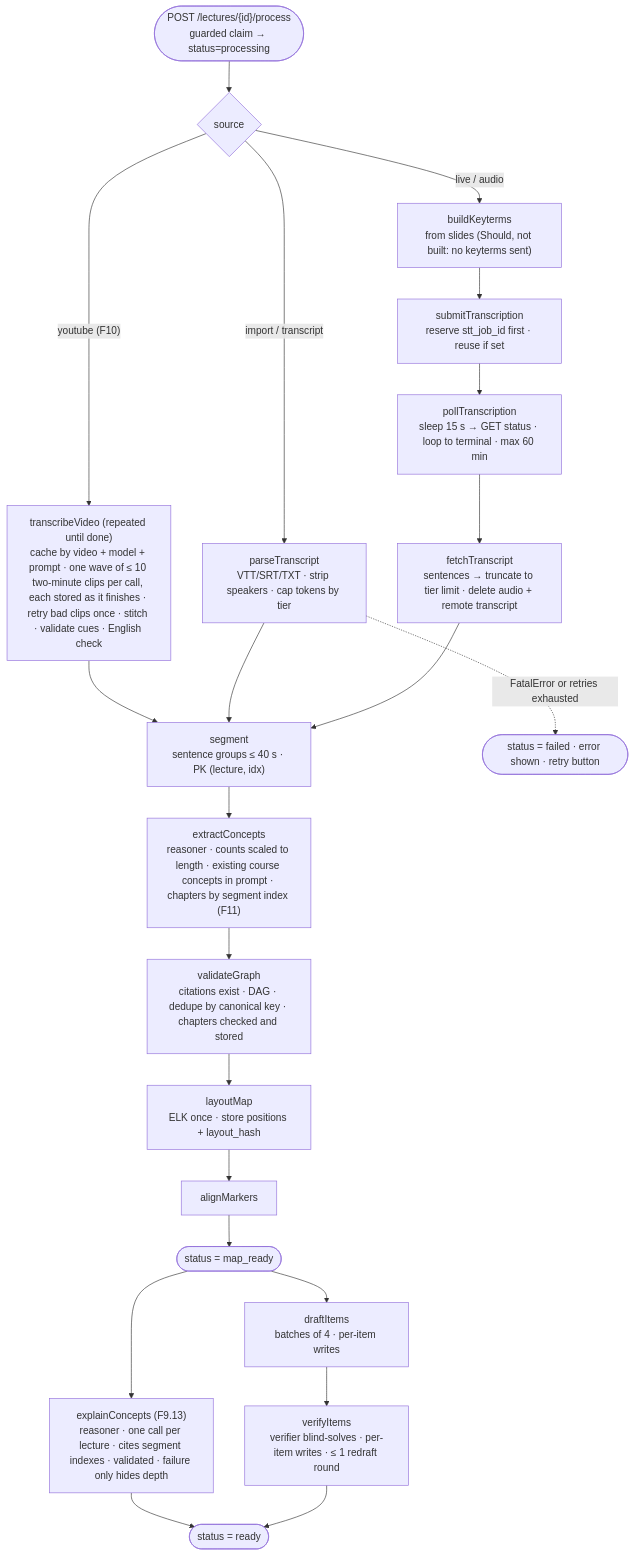
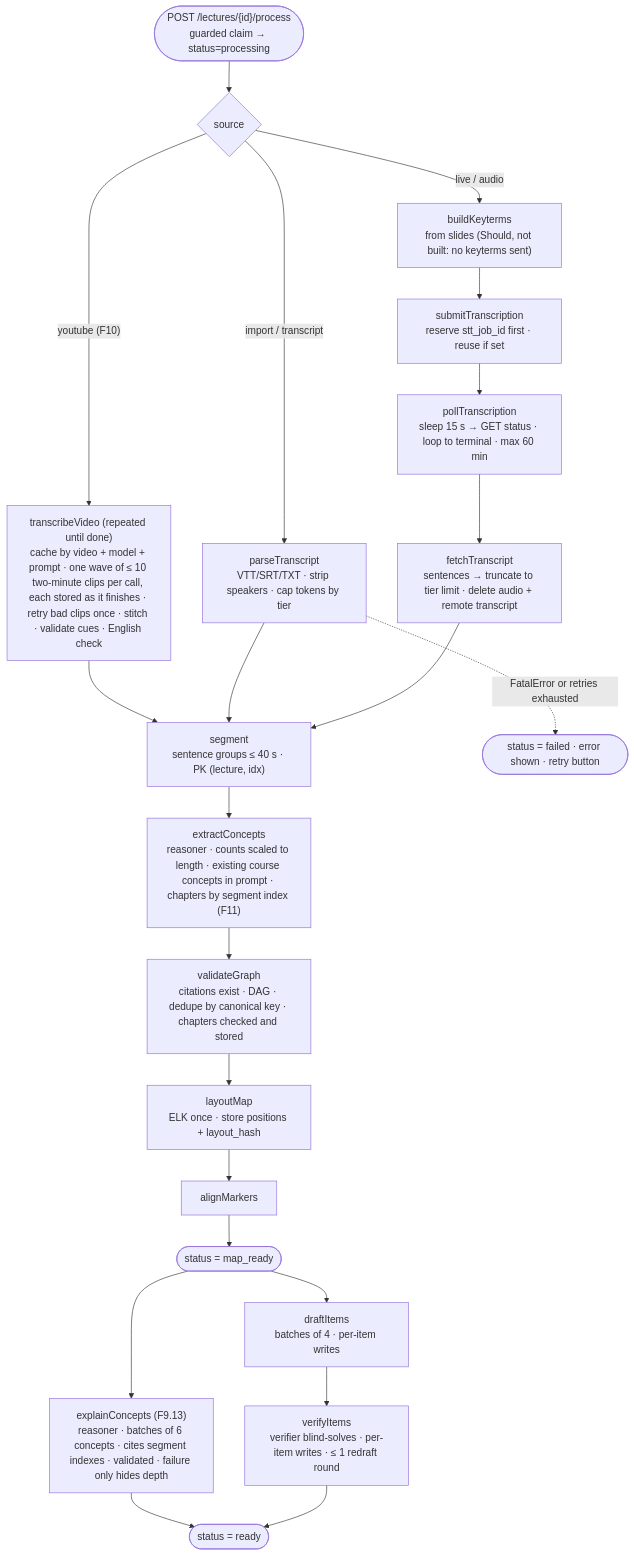
Before and after one commit to adamchok/Lectheo: the fourth of 6 diagrams in docs/Lectheo Architecture.md, drawn with Mermaid. The commit also changed 32 other files, not shown here.

````diff
--- a/docs/Lectheo Architecture.md
+++ b/docs/Lectheo Architecture.md
@@ -201,24 +201,24 @@
 ```mermaid
 flowchart TD
     start(["POST /lectures/{id}/process<br/>guarded claim → status=processing"]) --> src{"source"}
     src -- "youtube (F10)" --> tv["transcribeVideo (repeated until done)<br/>cache by video + model + prompt · one wave of ≤ 10 two-minute clips per call, each stored as it finishes · retry bad clips once · stitch · validate cues · English check"]
     tv --> seg
     src -- "import / transcript" --> pt["parseTranscript<br/>VTT/SRT/TXT · strip speakers · cap tokens by tier"]
     src -- "live / audio" --> kt["buildKeyterms<br/>from slides (Should, not built: no keyterms sent)"]
     kt --> sub["submitTranscription<br/>reserve stt_job_id first · reuse if set"]
     sub --> poll["pollTranscription<br/>sleep 15 s → GET status · loop to terminal · max 60 min"]
     poll --> fetch["fetchTranscript<br/>sentences → truncate to tier limit · delete audio + remote transcript"]
     pt --> seg["segment<br/>sentence groups ≤ 40 s · PK (lecture, idx)"]
     fetch --> seg
     seg --> ex["extractConcepts<br/>reasoner · counts scaled to length · existing course concepts in prompt · chapters by segment index (F11)"]
     ex --> vg["validateGraph<br/>citations exist · DAG · dedupe by canonical key · chapters checked and stored"]
     vg --> lay["layoutMap<br/>ELK once · store positions + layout_hash"]
     lay --> al["alignMarkers"]
     al --> mr(["status = map_ready"])
     mr --> dr["draftItems<br/>batches of 4 · per-item writes"]
     dr --> vf["verifyItems<br/>verifier blind-solves · per-item writes · ≤ 1 redraft round"]
-    mr --> xc["explainConcepts (F9.13)<br/>reasoner · one call per lecture · cites segment indexes · validated · failure only hides depth"]
+    mr --> xc["explainConcepts (F9.13)<br/>reasoner · batches of 6 concepts · cites segment indexes · validated · failure only hides depth"]
     xc --> done
     vf --> done(["status = ready"])
     pt -. "FatalError or retries exhausted" .-> fail(["status = failed · error shown · retry button"])
 ```
````
